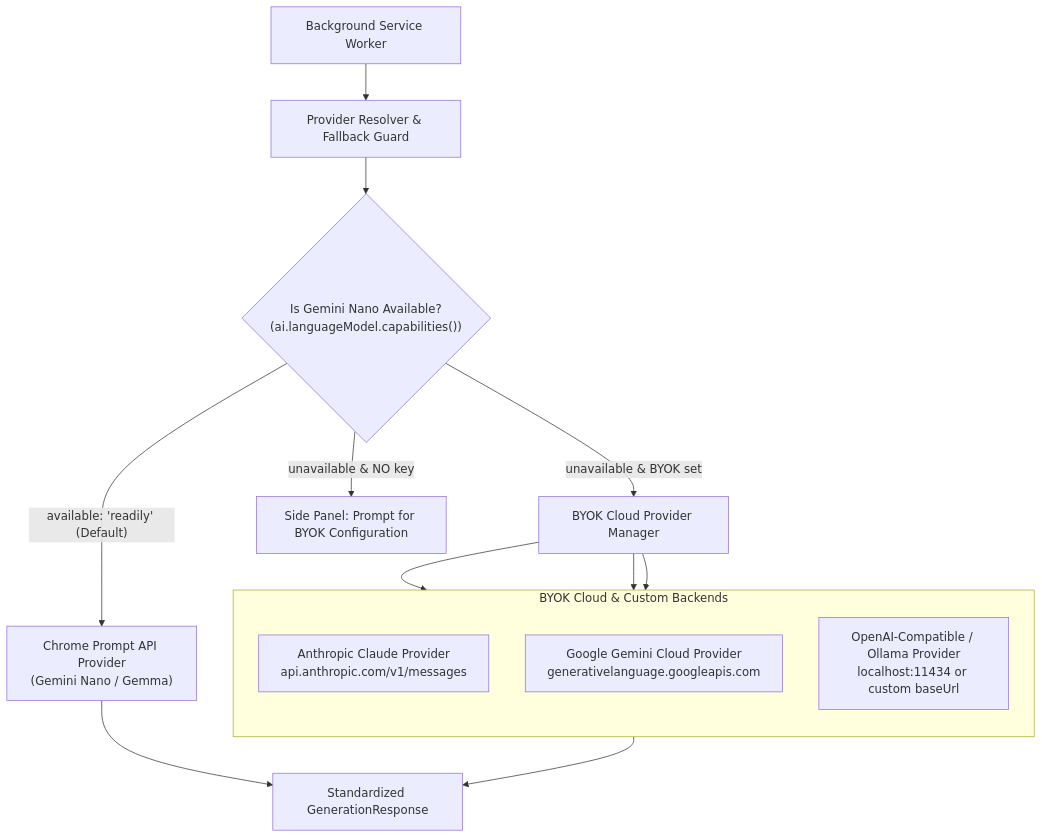
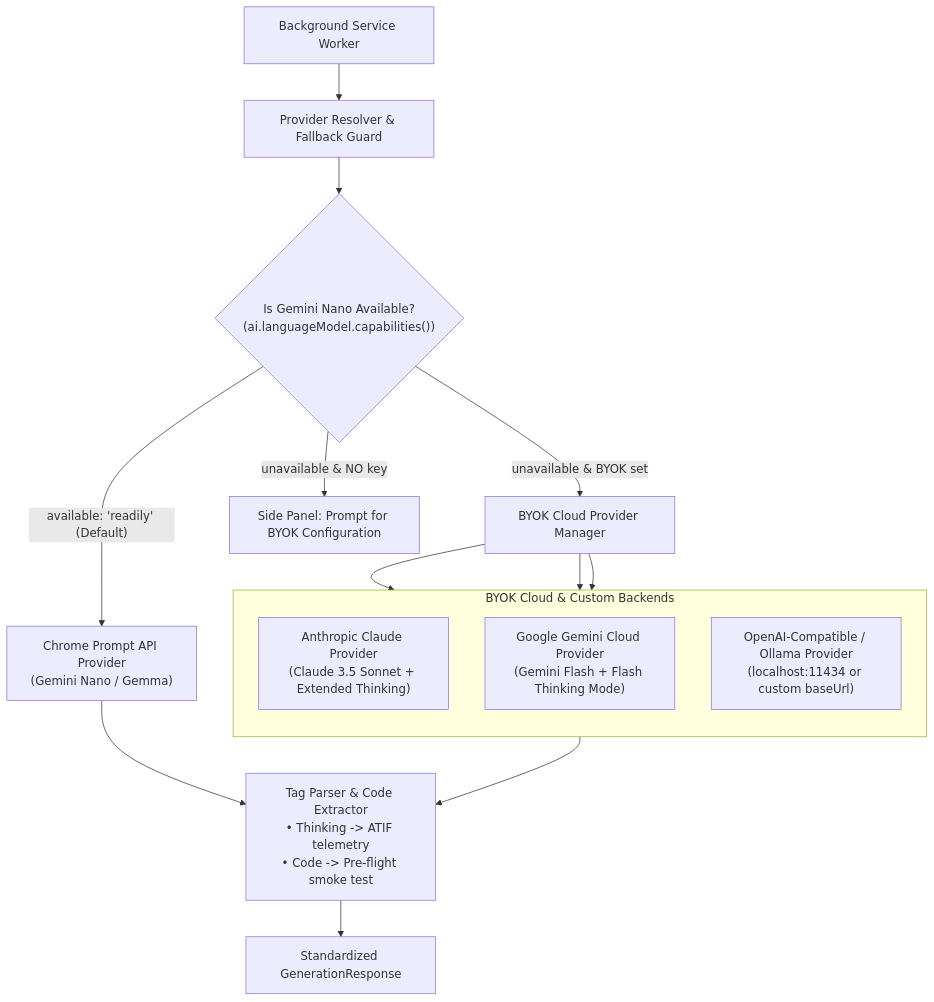
One commit to vmatrixdev/simit changed the diagram in docs/specs/model_providers.md. Above: the diagram before and after it, drawn with Mermaid. The commit also changed other lines of this file and 11 other files, not shown here.

Commit message:
docs & core: align specs with consolidated architecture and add dynamic viewport injection

````diff
--- a/docs/specs/model_providers.md
+++ b/docs/specs/model_providers.md
@@ -19,26 +20,27 @@
 ```mermaid
 flowchart TD
     Orchestrator["Background Service Worker"] --> Resolver["Provider Resolver & Fallback Guard"]
     
     Resolver --> CheckNano{"Is Gemini Nano Available?<br/>(ai.languageModel.capabilities())"}
     
     CheckNano -->|"available: 'readily' (Default)"| Nano["Chrome Prompt API Provider<br/>(Gemini Nano / Gemma)"]
     
     CheckNano -->|"unavailable & BYOK set"| BYOK["BYOK Cloud Provider Manager"]
     
     CheckNano -->|"unavailable & NO key"| SetupPrompt["Side Panel: Prompt for BYOK Configuration"]
     
     subgraph BYOKProviders["BYOK Cloud & Custom Backends"]
         direction TB
-        Claude["Anthropic Claude Provider<br/>api.anthropic.com/v1/messages"]
-        GeminiCloud["Google Gemini Cloud Provider<br/>generativelanguage.googleapis.com"]
-        OpenAIComp["OpenAI-Compatible / Ollama Provider<br/>localhost:11434 or custom baseUrl"]
+        Claude["Anthropic Claude Provider<br/>(Claude 3.5 Sonnet + Extended Thinking)"]
+        GeminiCloud["Google Gemini Cloud Provider<br/>(Gemini Flash + Flash Thinking Mode)"]
+        OpenAIComp["OpenAI-Compatible / Ollama Provider<br/>(localhost:11434 or custom baseUrl)"]
     end
     
     BYOK --> Claude
     BYOK --> GeminiCloud
     BYOK --> OpenAIComp
     
-    Nano --> CodeEmitter["Standardized GenerationResponse"]
-    BYOKProviders --> CodeEmitter
+    Nano --> TagParser["Tag Parser & Code Extractor<br/>• Thinking -> ATIF telemetry<br/>• Code -> Pre-flight smoke test"]
+    BYOKProviders --> TagParser
+    TagParser --> CodeEmitter["Standardized GenerationResponse"]
 ```
````
